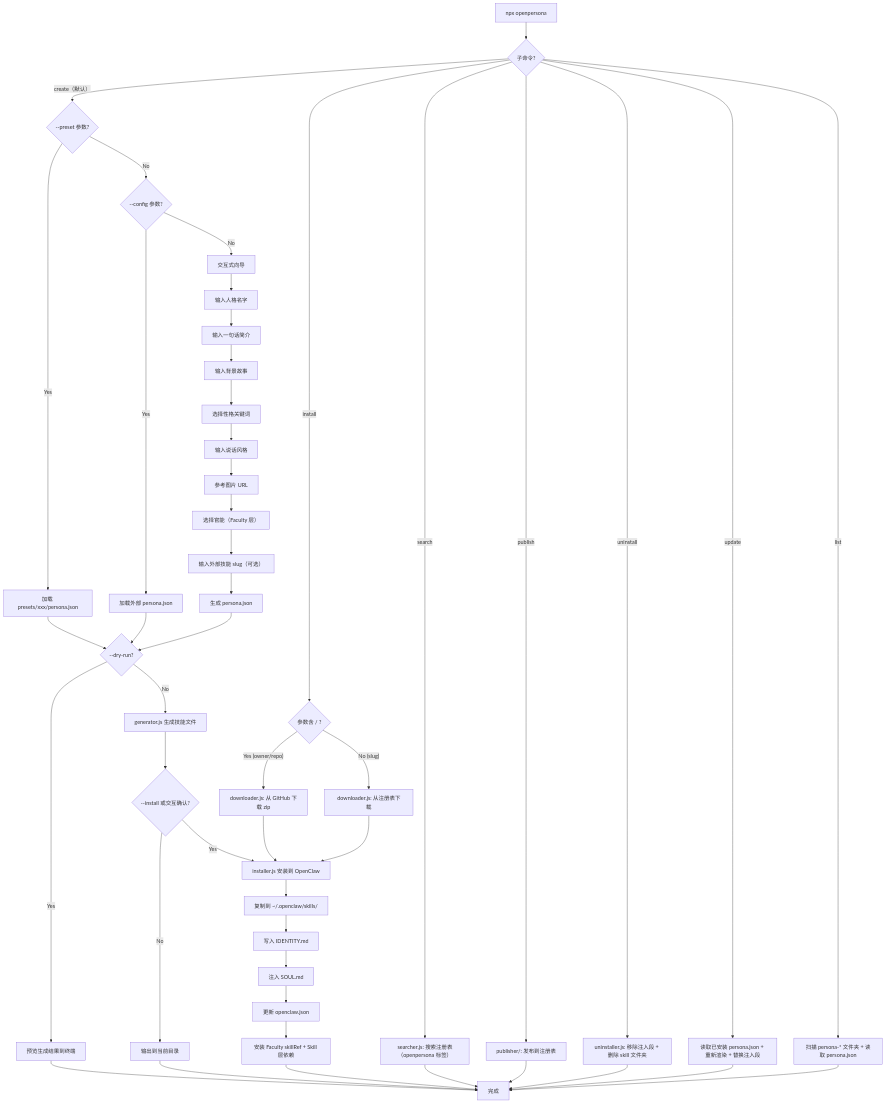
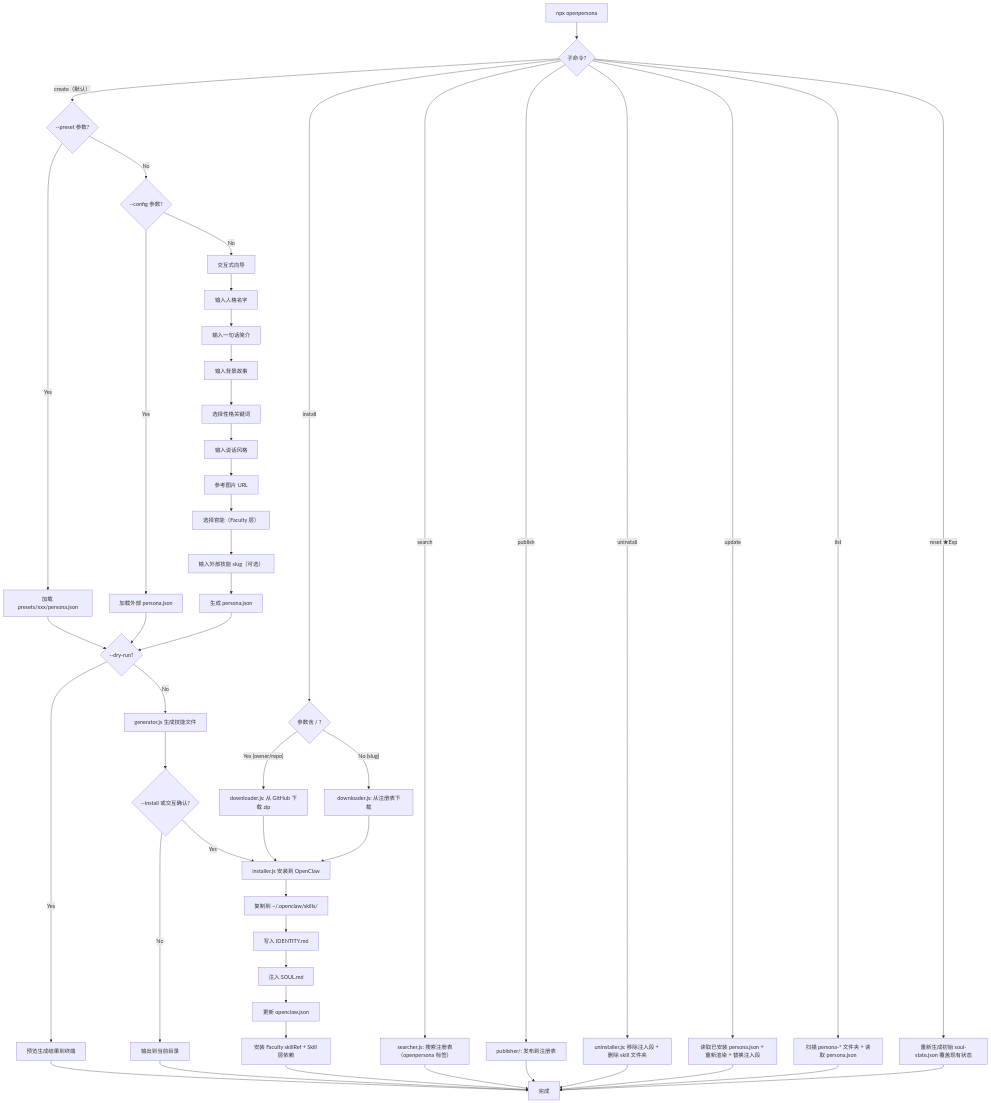
The second of 2 diagrams in .cursor/plans/openpersona_mvp_build_899824fe.plan.md (ACNet-AI/OpenPersona), drawn with Mermaid before and after one commit. The commit also changed other lines of this file, not shown here.

First line of the commit message:
feat(plan): add experimental dynamic persona evolution (soul-state)

````diff
--- a/.cursor/plans/openpersona_mvp_build_899824fe.plan.md
+++ b/.cursor/plans/openpersona_mvp_build_899824fe.plan.md
@@ -597,57 +670,59 @@
 ```mermaid
 flowchart TD
     Start["npx openpersona"] --> CheckCmd{"子命令?"}
 
     %% create 分支
     CheckCmd -->|"create（默认）"| CheckPreset{"--preset 参数?"}
     CheckPreset -->|Yes| LoadPreset["加载 presets/xxx/persona.json"]
     CheckPreset -->|No| CheckConfig{"--config 参数?"}
     CheckConfig -->|Yes| LoadConfig["加载外部 persona.json"]
     CheckConfig -->|No| Wizard["交互式向导"]
     Wizard --> Q1["输入人格名字"]
     Q1 --> Q3["输入一句话简介"]
     Q3 --> Q4["输入背景故事"]
     Q4 --> Q5["选择性格关键词"]
     Q5 --> Q6["输入说话风格"]
     Q6 --> Q7["参考图片 URL"]
     Q7 --> Q8["选择官能（Faculty 层）"]
     Q8 --> Q9["输入外部技能 slug（可选）"]
     Q9 --> GenConfig["生成 persona.json"]
     LoadPreset --> DryRunCheck{"--dry-run?"}
     LoadConfig --> DryRunCheck
     GenConfig --> DryRunCheck
     DryRunCheck -->|Yes| Preview["预览生成结果到终端"]
     DryRunCheck -->|No| Generate["generator.js 生成技能文件"]
     Preview --> Done["完成"]
     Generate --> InstallQ{"--install 或交互确认?"}
     InstallQ -->|No| OutputDir["输出到当前目录"]
     OutputDir --> Done
     InstallQ -->|Yes| Install
 
     %% install 分支
     CheckCmd -->|install| CheckFormat{"参数含 / ?"}
     CheckFormat -->|"Yes (owner/repo)"| GitHubDL["downloader.js: 从 GitHub 下载 zip"]
     CheckFormat -->|"No (slug)"| RegistryDL["downloader.js: 从注册表下载"]
     GitHubDL --> Install
     RegistryDL --> Install
 
     %% 共享安装流程（installer.js）
     Install["installer.js 安装到 OpenClaw"] --> CopySkill["复制到 ~/.openclaw/skills/"]
     CopySkill --> WriteIdentity["写入 IDENTITY.md"]
     WriteIdentity --> InjectSoul["注入 SOUL.md"]
     InjectSoul --> UpdateConfig["更新 openclaw.json"]
     UpdateConfig --> InstallExtSkills["安装 Faculty skillRef + Skill 层依赖"]
     InstallExtSkills --> Done
 
     %% 其他命令分支
     CheckCmd -->|search| SearchQuery["searcher.js: 搜索注册表（openpersona 标签）"]
     CheckCmd -->|publish| Publish["publisher/: 发布到注册表"]
     CheckCmd -->|uninstall| Uninstall["uninstaller.js: 移除注入段 + 删除 skill 文件夹"]
     CheckCmd -->|update| Update["读取已安装 persona.json + 重新渲染 + 替换注入段"]
     CheckCmd -->|list| ListInstalled["扫描 persona-* 文件夹 + 读取 persona.json"]
+    CheckCmd -->|"reset ★Exp"| Reset["重新生成初始 soul-state.json 覆盖现有状态"]
     SearchQuery --> Done
     Publish --> Done
     Uninstall --> Done
     Update --> Done
     ListInstalled --> Done
+    Reset --> Done
 ```
````
